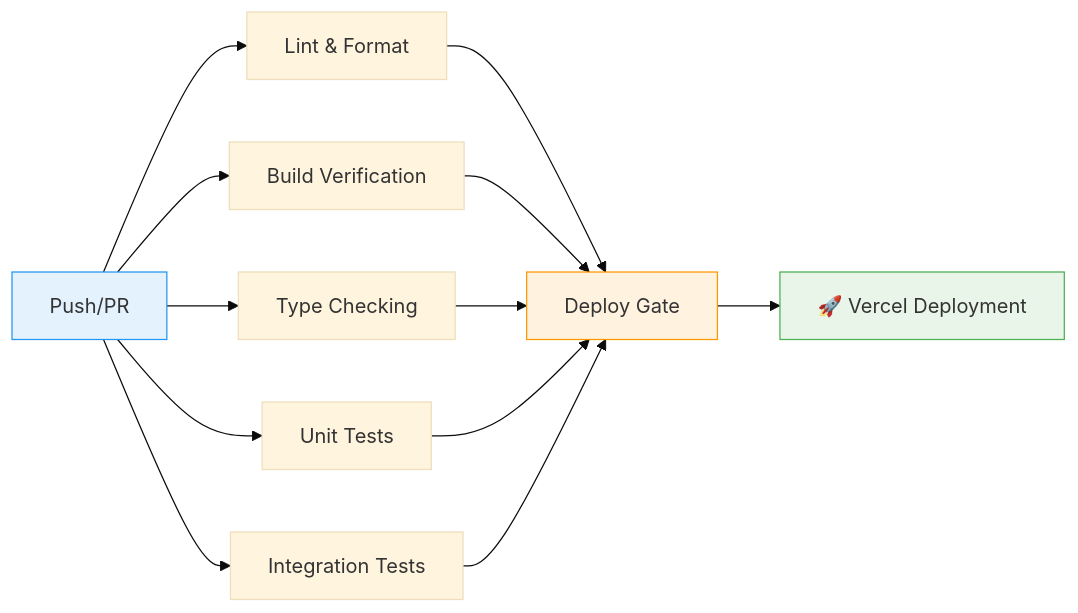
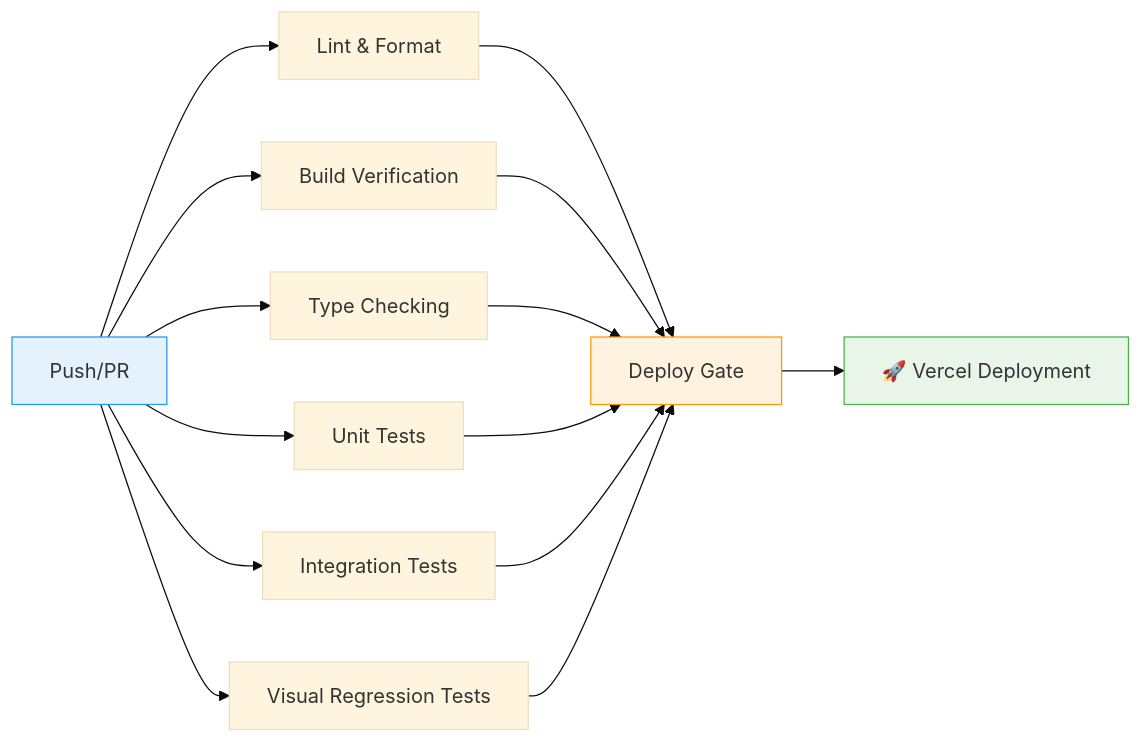
The third of 3 diagrams in README.md (jordyvanvorselen/portfolio), drawn with Mermaid (base theme) before and after one commit. The commit also changed other lines of this file and 1 other file, not shown here.

Commit message:
ci: remove unused action

````diff
--- a/README.md
+++ b/README.md
@@ -312,20 +312,22 @@
 ```mermaid
 graph LR
     A[Push/PR] --> B[Lint & Format]
     A --> C[Build Verification]
     A --> D[Type Checking]
     A --> E[Unit Tests]
     A --> F[Integration Tests]
+    A --> G[Visual Regression Tests]
 
-    B --> G[Deploy Gate]
-    C --> G
-    D --> G
-    E --> G
-    F --> G
+    B --> H[Deploy Gate]
+    C --> H
+    D --> H
+    E --> H
+    F --> H
+    G --> H
 
-    G --> H[🚀 Vercel Deployment]
+    H --> I[🚀 Vercel Deployment]
 
     style A fill:#e3f2fd,stroke:#2196f3
-    style G fill:#fff3e0,stroke:#ff9800
-    style H fill:#e8f5e8,stroke:#4caf50
+    style H fill:#fff3e0,stroke:#ff9800
+    style I fill:#e8f5e8,stroke:#4caf50
 ```
````
